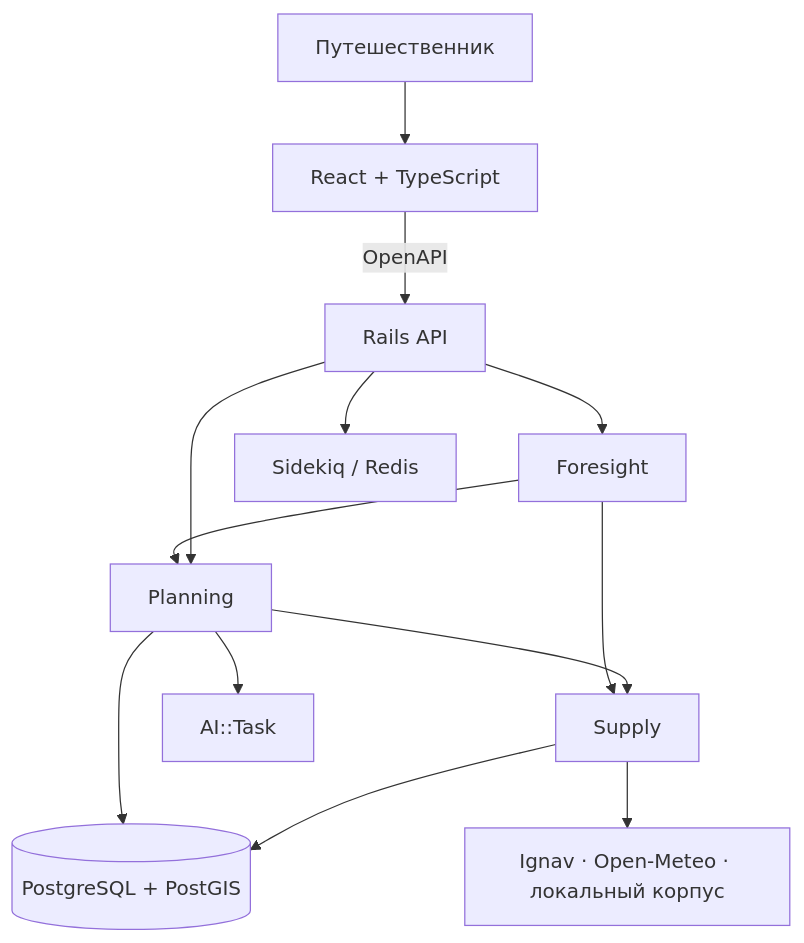
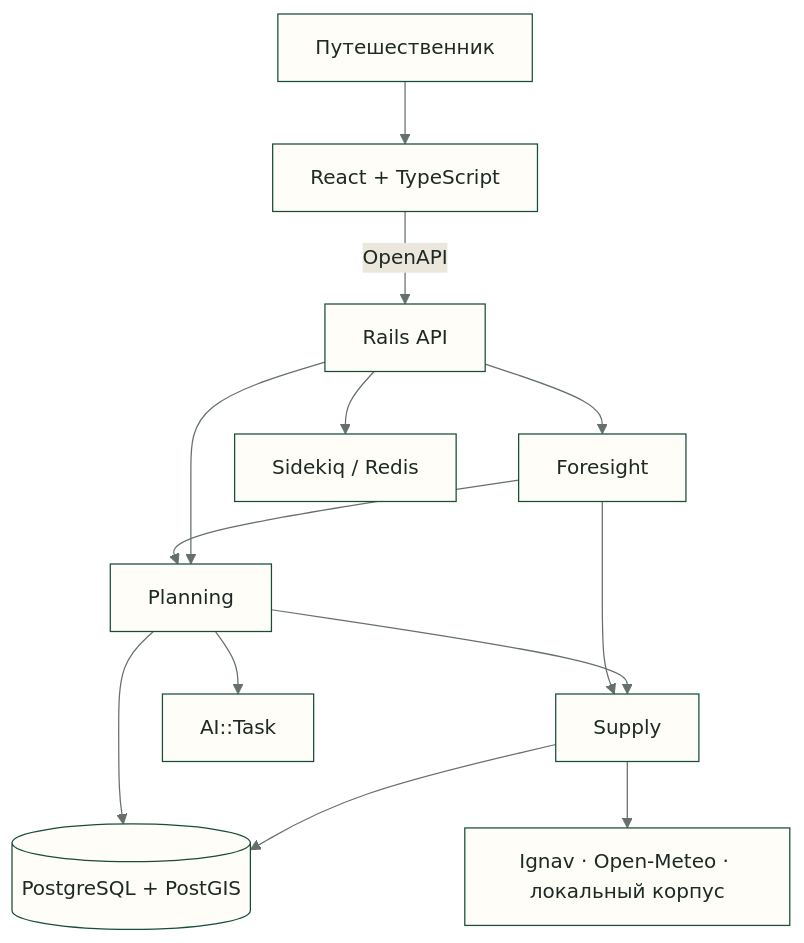
The diagram in docs/03_architecture/architecture.md (GoatWhistle/elsewhere), drawn with Mermaid before and after one commit. The commit also changed 48 other files, not shown here.

````diff
--- a/docs/03_architecture/architecture.md
+++ b/docs/03_architecture/architecture.md
@@ -17,15 +17,16 @@
 ```mermaid
+%%{init: {"theme":"base","themeVariables":{"primaryColor":"#fffdf8","primaryTextColor":"#1d2925","primaryBorderColor":"#174c3b","secondaryColor":"#ebe7dc","tertiaryColor":"#f3f0e8","lineColor":"#65706b","textColor":"#1d2925","noteBkgColor":"#ebe7dc","noteTextColor":"#3d4a45","actorBkg":"#fffdf8","actorBorder":"#174c3b","fontFamily":"Inter"}}}%%
 graph TB
     U[Путешественник] --> W[React + TypeScript]
     W -->|OpenAPI| API[Rails API]
     API --> P[Planning]
     API --> F[Foresight]
     P --> S[Supply]
     F --> P
     F --> S
     P --> AI[AI::Task]
     S --> DB[(PostgreSQL + PostGIS)]
     P --> DB
     S --> EXT[Ignav · Open-Meteo · локальный корпус]
     API --> Q[Sidekiq / Redis]
 ```
````
